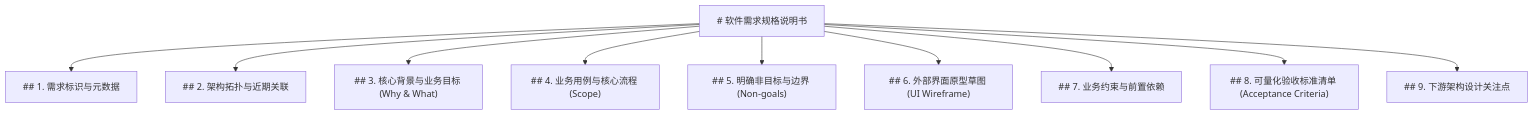
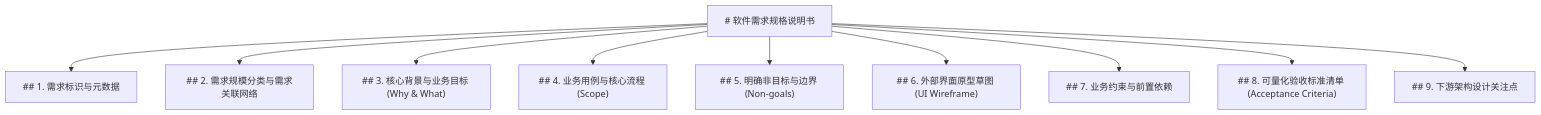
One commit to xiaobaiworld/autodev changed the diagram in docs/specs/REQUIREMENT_SPEC_STANDARD.md. Above: the diagram before and after it, drawn with Mermaid. The commit also changed other lines of this file and 6 other files, not shown here.

````diff
--- a/docs/specs/REQUIREMENT_SPEC_STANDARD.md
+++ b/docs/specs/REQUIREMENT_SPEC_STANDARD.md
@@ -39,13 +39,13 @@
 ```mermaid
 flowchart TD
     Title["# 软件需求规格说明书"]
     Title --> S1["## 1. 需求标识与元数据"]
-    Title --> S2["## 2. 架构拓扑与近期关联"]
+    Title --> S2["## 2. 需求规模分类与需求关联网络"]
     Title --> S3["## 3. 核心背景与业务目标 (Why & What)"]
     Title --> S4["## 4. 业务用例与核心流程 (Scope)"]
     Title --> S5["## 5. 明确非目标与边界 (Non-goals)"]
     Title --> S6["## 6. 外部界面原型草图 (UI Wireframe)"]
     Title --> S7["## 7. 业务约束与前置依赖"]
     Title --> S8["## 8. 可量化验收标准清单 (Acceptance Criteria)"]
     Title --> S9["## 9. 下游架构设计关注点"]
 ```
````
